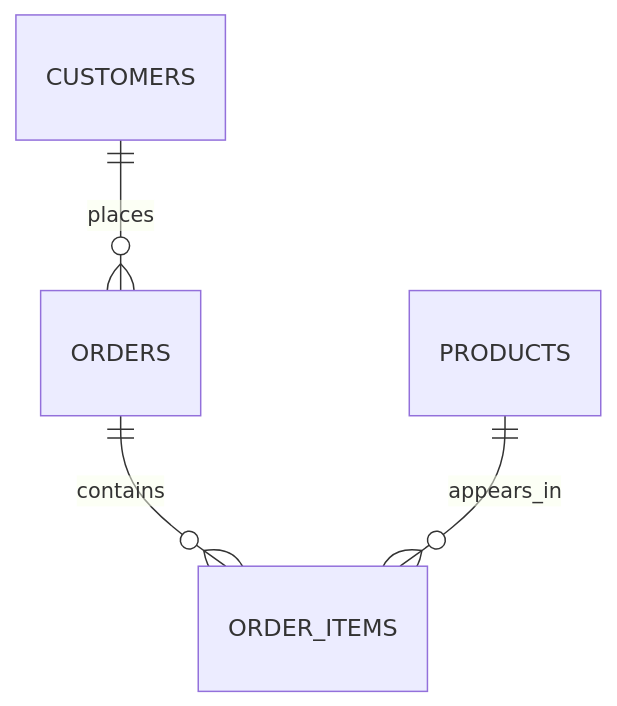
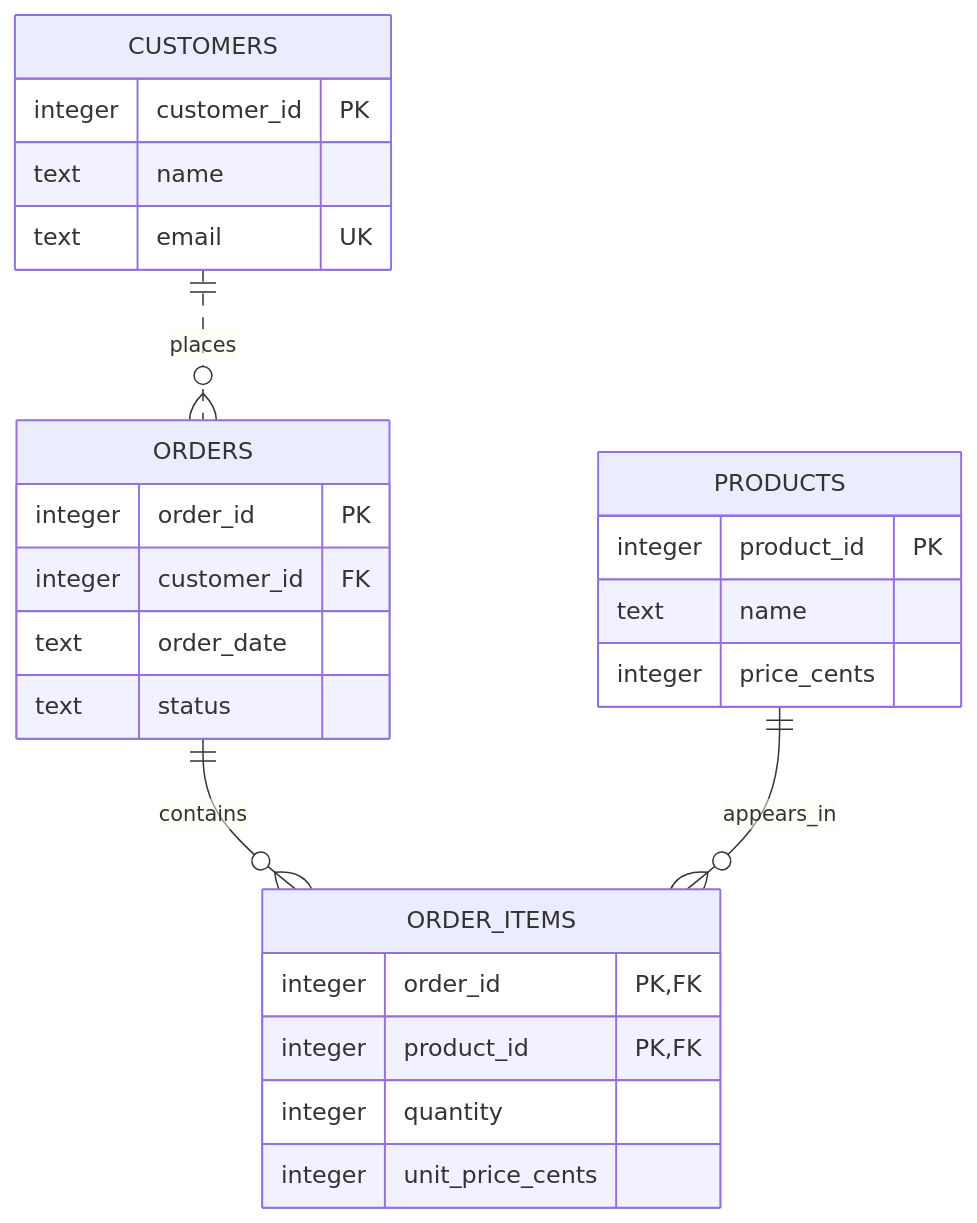
One commit to saikatdas47/robendevs-swe-foundation-saikat changed the first of 2 diagrams in day-08-databases /1. Relational Modelling and SQL.md. Above: the diagram before and after it, drawn with Mermaid. The commit also changed other lines of this file and 7 other files, not shown here.

Commit message:
feat: Add mermaid diagrams to illustrate workflows in backend design, order service API contracts, database modeling, transactions, and SaaS foundations

````diff
--- a/day-08-databases /1. Relational Modelling and SQL.md
+++ b/day-08-databases /1. Relational Modelling and SQL.md
@@ -20,6 +20,28 @@
 ```mermaid
 erDiagram
-    CUSTOMERS ||--o{ ORDERS : places
+    CUSTOMERS ||..o{ ORDERS : places
     ORDERS ||--o{ ORDER_ITEMS : contains
     PRODUCTS ||--o{ ORDER_ITEMS : appears_in
+    CUSTOMERS {
+        integer customer_id PK
+        text name
+        text email UK
+    }
+    PRODUCTS {
+        integer product_id PK
+        text name
+        integer price_cents
+    }
+    ORDERS {
+        integer order_id PK
+        integer customer_id FK
+        text order_date
+        text status
+    }
+    ORDER_ITEMS {
+        integer order_id PK, FK
+        integer product_id PK, FK
+        integer quantity
+        integer unit_price_cents
+    }
 ```
````
